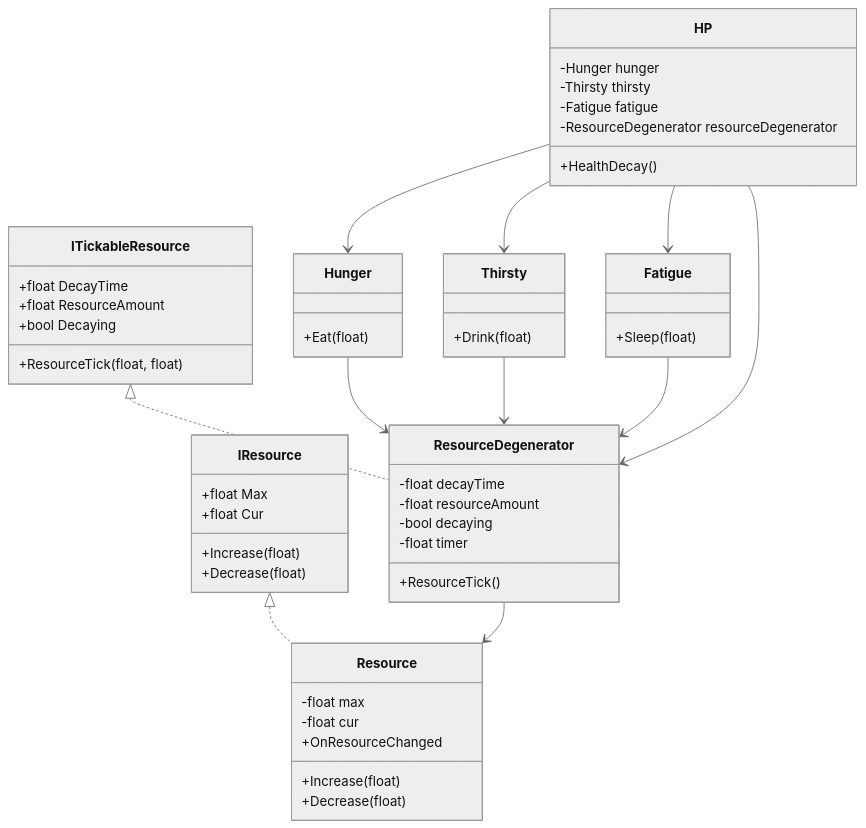
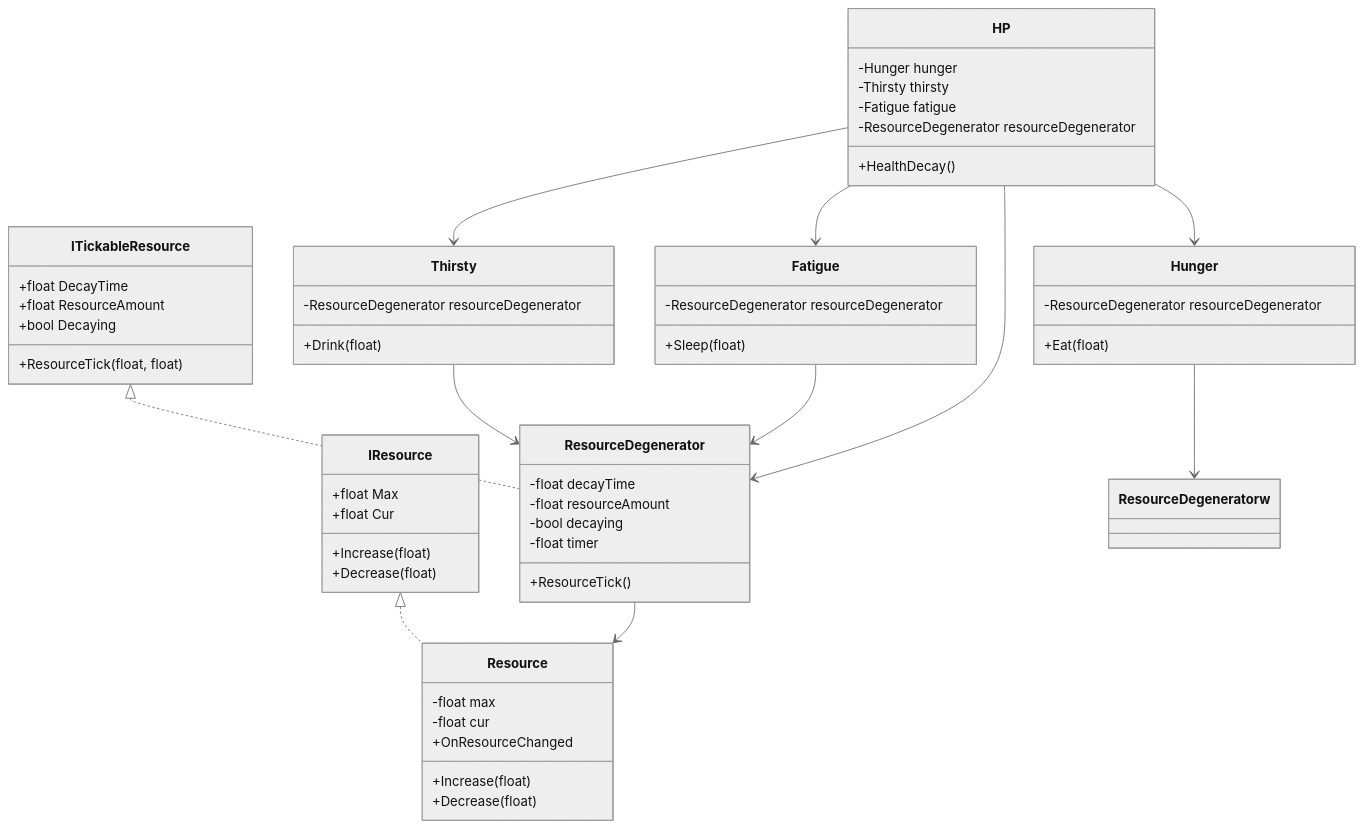
One commit to 10-team-project/docs changed the second of 2 diagrams in docs/기능명세서/250620_강소현_ 플레이어자원관리.md. Above: the diagram before and after it, drawn with Mermaid (neutral theme).

Commit message:
[Feat]내용추가

````diff
--- a/docs/기능명세서/250620_강소현_ 플레이어자원관리.md
+++ b/docs/기능명세서/250620_강소현_ 플레이어자원관리.md
@@ -93,63 +93,66 @@
 ```mermaid
 classDiagram
     class IResource {
         +float Max
         +float Cur
         +Increase(float)
         +Decrease(float)
     }
 
     class Resource {
         -float max
         -float cur
         +Increase(float)
         +Decrease(float)
         +OnResourceChanged
     }
 
     class ITickableResource {
         +float DecayTime
         +float ResourceAmount
         +bool Decaying
         +ResourceTick(float, float)
     }
 
     class ResourceDegenerator {
         -float decayTime
         -float resourceAmount
         -bool decaying
         -float timer
         +ResourceTick()
     }
 
     class HP {
         -Hunger hunger
         -Thirsty thirsty
         -Fatigue fatigue
         -ResourceDegenerator resourceDegenerator
         +HealthDecay()
     }
 
     class Hunger {
+        -ResourceDegenerator resourceDegenerator
         +Eat(float)
     }
 
     class Thirsty {
+        -ResourceDegenerator resourceDegenerator
         +Drink(float)
     }
 
     class Fatigue {
+        -ResourceDegenerator resourceDegenerator
         +Sleep(float)
     }
 
     IResource <|.. Resource
     ITickableResource <|.. ResourceDegenerator
     ResourceDegenerator --> Resource
-    Hunger --> ResourceDegenerator
+    Hunger --> ResourceDegeneratorw
     Thirsty --> ResourceDegenerator
     Fatigue --> ResourceDegenerator
     HP --> ResourceDegenerator
     HP --> Hunger
     HP --> Thirsty
     HP --> Fatigue
 ```
````
